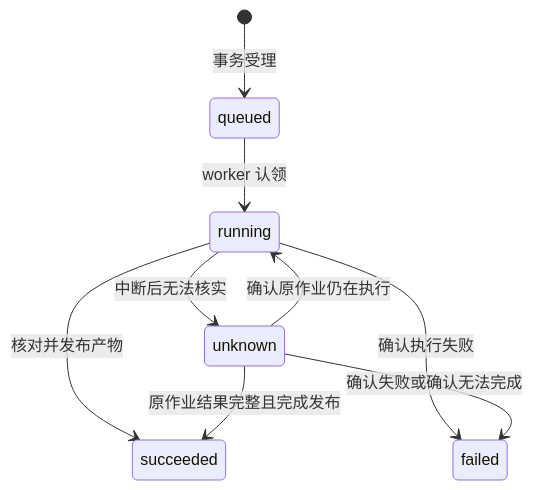
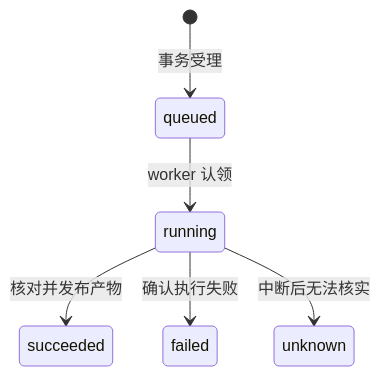
Before and after one commit to DuscWalk/Big-Data-Analysis-2026: the diagram in docs/iterations/01-governance/技术方案与接口约定.md, drawn with Mermaid. The commit also changed other lines of this file and 10 other files, not shown here.

````diff
--- a/docs/iterations/01-governance/技术方案与接口约定.md
+++ b/docs/iterations/01-governance/技术方案与接口约定.md
@@ -113,11 +113,8 @@
 ```mermaid
 stateDiagram-v2
     [*] --> queued: 事务受理
     queued --> running: worker 认领
     running --> succeeded: 核对并发布产物
     running --> failed: 确认执行失败
     running --> unknown: 中断后无法核实
-    unknown --> running: 确认原作业仍在执行
-    unknown --> succeeded: 原作业结果完整且完成发布
-    unknown --> failed: 确认失败或确认无法完成
 ```
````
